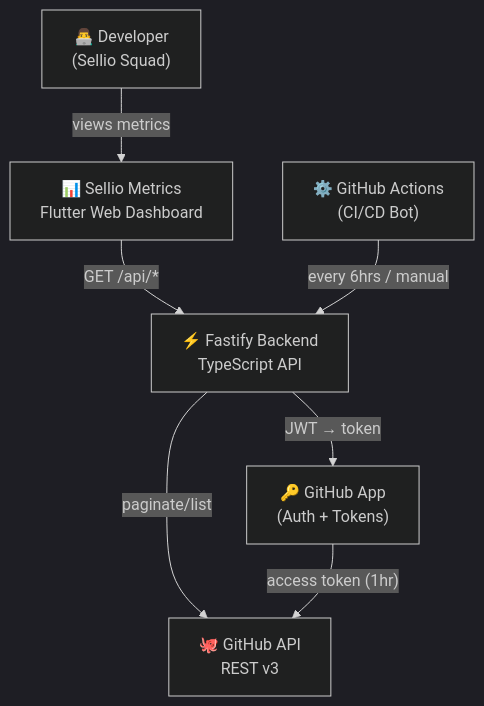
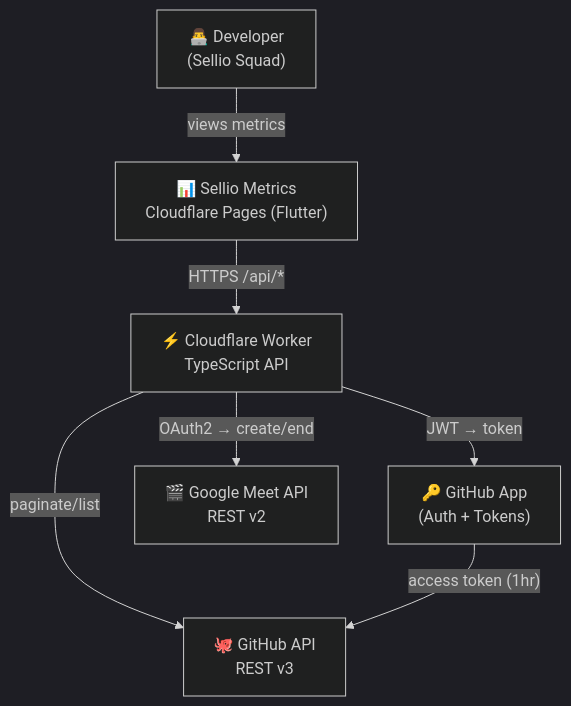
One commit to Sellio-Squad/sellio_metrics changed the first of 10 diagrams in ARCHITECTURE.md. Above: the diagram before and after it, drawn with Mermaid (dark theme). The commit also changed other lines of this file and 11 other files, not shown here.

First line of the commit message:
refactor(meet): refactor Google Meet client for Workers compatibility

````diff
--- a/ARCHITECTURE.md
+++ b/ARCHITECTURE.md
@@ -9,16 +9,16 @@
 ```mermaid
 graph TB
     Dev["👨‍💻 Developer<br/>(Sellio Squad)"]
-    Frontend["📊 Sellio Metrics<br/>Flutter Web Dashboard"]
-    Backend["⚡ Fastify Backend<br/>TypeScript API"]
+    Frontend["📊 Sellio Metrics<br/>Cloudflare Pages (Flutter)"]
+    Backend["⚡ Cloudflare Worker<br/>TypeScript API"]
     GitHub["🐙 GitHub API<br/>REST v3"]
     GHApp["🔑 GitHub App<br/>(Auth + Tokens)"]
-    Actions["⚙️ GitHub Actions<br/>(CI/CD Bot)"]
+    Google["🎬 Google Meet API<br/>REST v2"]
 
     Dev -->|"views metrics"| Frontend
-    Frontend -->|"GET /api/*"| Backend
+    Frontend -->|"HTTPS /api/*"| Backend
     Backend -->|"paginate/list"| GitHub
     Backend -->|"JWT → token"| GHApp
     GHApp -->|"access token (1hr)"| GitHub
-    Actions -->|"every 6hrs / manual"| Backend
+    Backend -->|"OAuth2 → create/end"| Google
 ```
````
